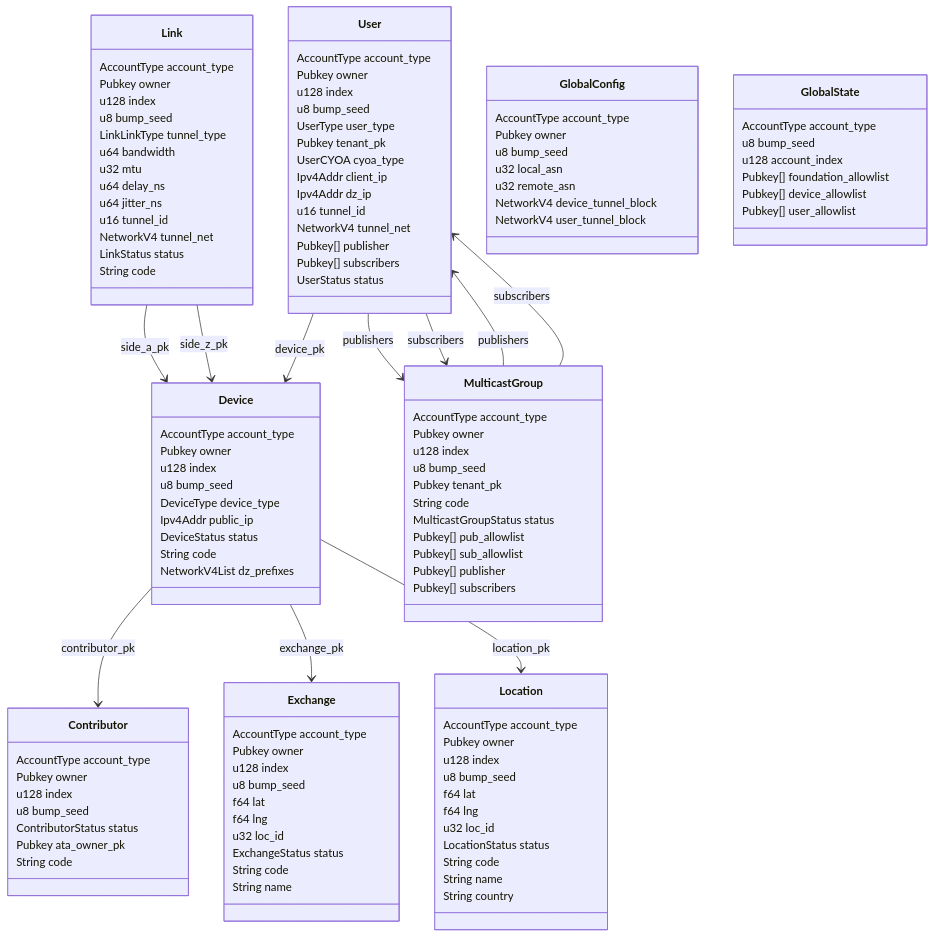
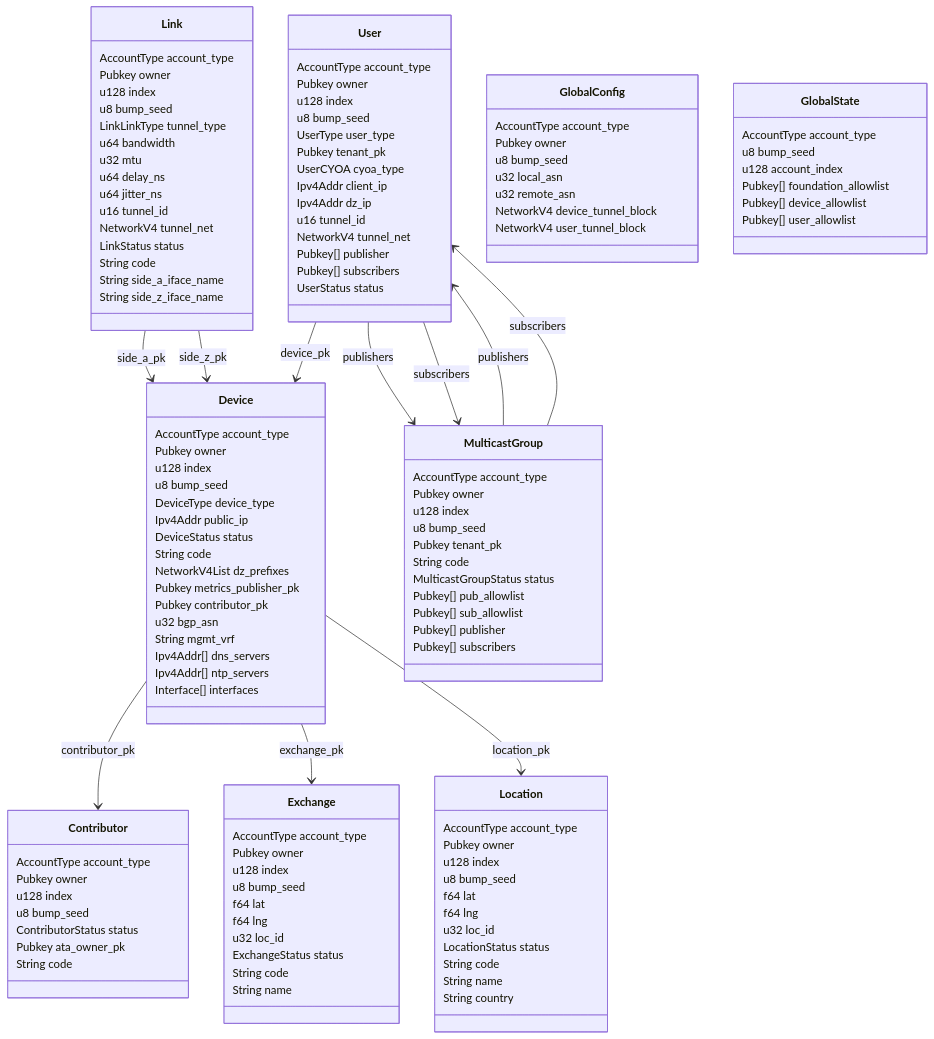
One commit to malbeclabs/doublezero changed the first of 9 diagrams in smartcontract/programs/doublezero-serviceability/README.md. Above: the diagram before and after it, drawn with Mermaid. The commit also changed other lines of this file, not shown here.

```diff
--- a/smartcontract/programs/doublezero-serviceability/README.md
+++ b/smartcontract/programs/doublezero-serviceability/README.md
@@ -72,6 +72,13 @@
         DeviceStatus status
         String code
         NetworkV4List dz_prefixes
+        Pubkey metrics_publisher_pk
+        Pubkey contributor_pk
+        u32 bgp_asn
+        String mgmt_vrf
+        Ipv4Addr[] dns_servers
+        Ipv4Addr[] ntp_servers
+        Interface[] interfaces
     }
     class Link {
         AccountType account_type
@@ -87,6 +94,8 @@
         NetworkV4 tunnel_net
         LinkStatus status
         String code
+        String side_a_iface_name
+        String side_z_iface_name
     }
     class User {
         AccountType account_type
```
